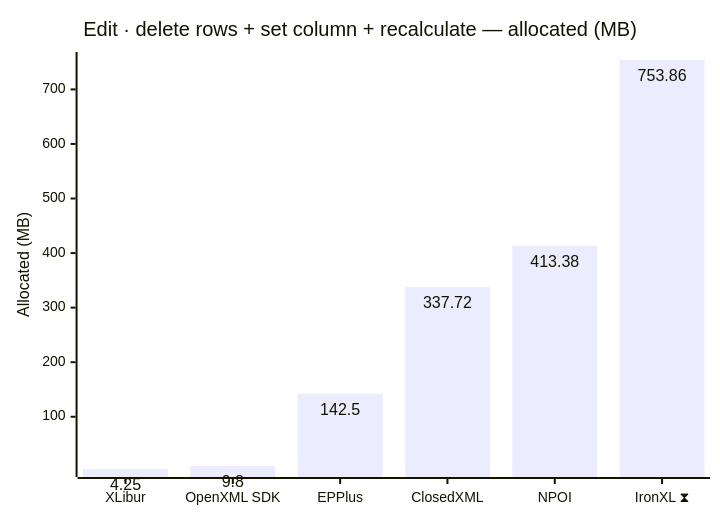
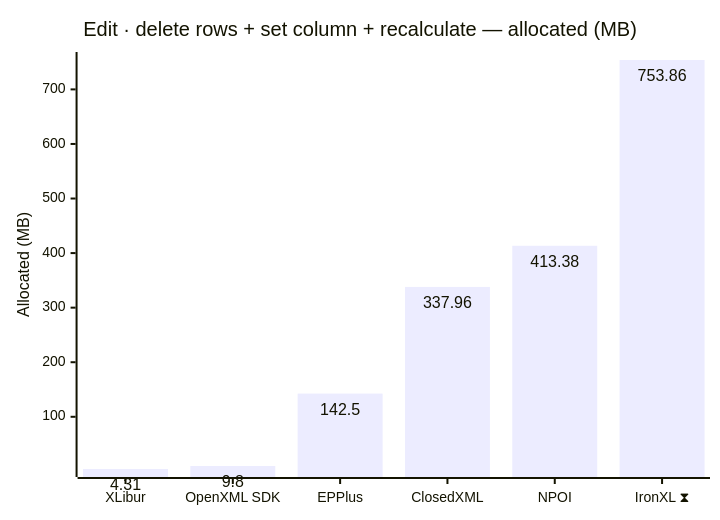
One commit to jafin/XLBench changed the tenth of 12 diagrams in docs/results-ci.md. Above: the diagram before and after it, drawn with Mermaid. The commit also changed other lines of this file, not shown here.

````diff
--- a/docs/results-ci.md
+++ b/docs/results-ci.md
@@ -158,12 +158,12 @@
 ```mermaid
 ---
 config:
   xyChart:
     showDataLabel: true
 ---
 xychart-beta
     title "Edit · delete rows + set column + recalculate — allocated (MB)"
     x-axis ["XLibur", "OpenXML SDK", "EPPlus", "ClosedXML", "NPOI", "IronXL ⧗"]
     y-axis "Allocated (MB)"
-    bar [4.25, 9.8, 142.5, 337.72, 413.38, 753.86]
+    bar [4.31, 9.8, 142.5, 337.96, 413.38, 753.86]
 ```
````
